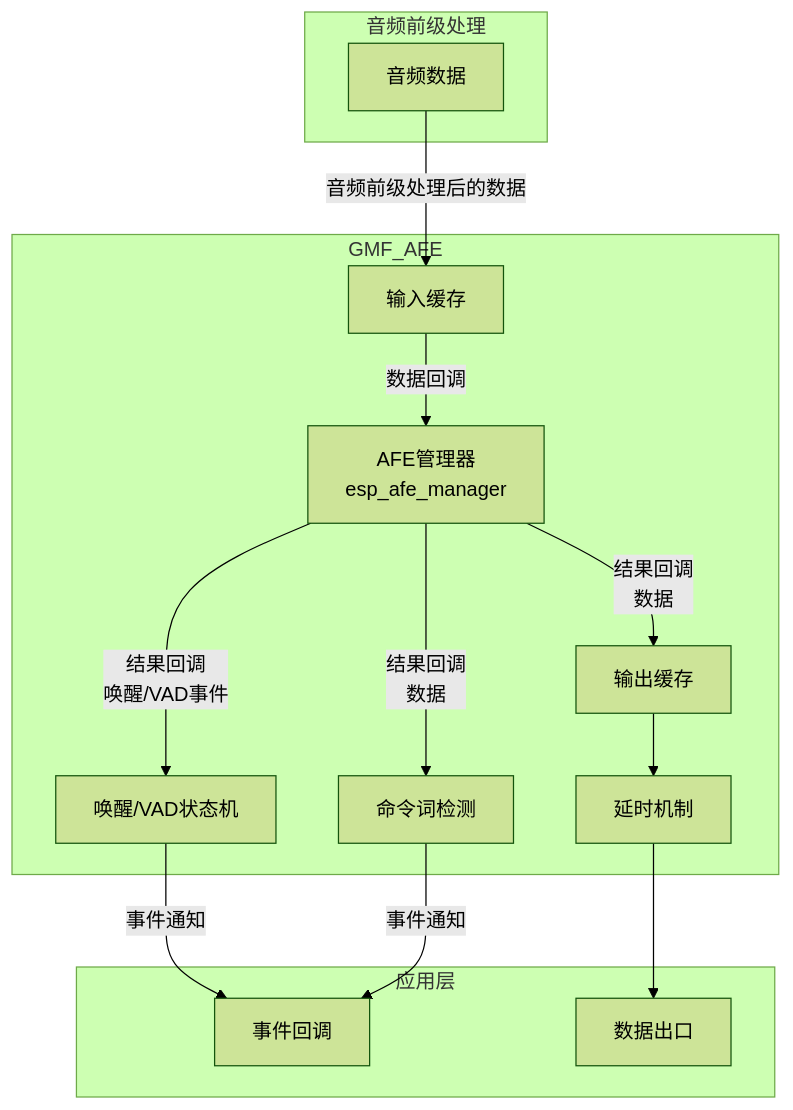
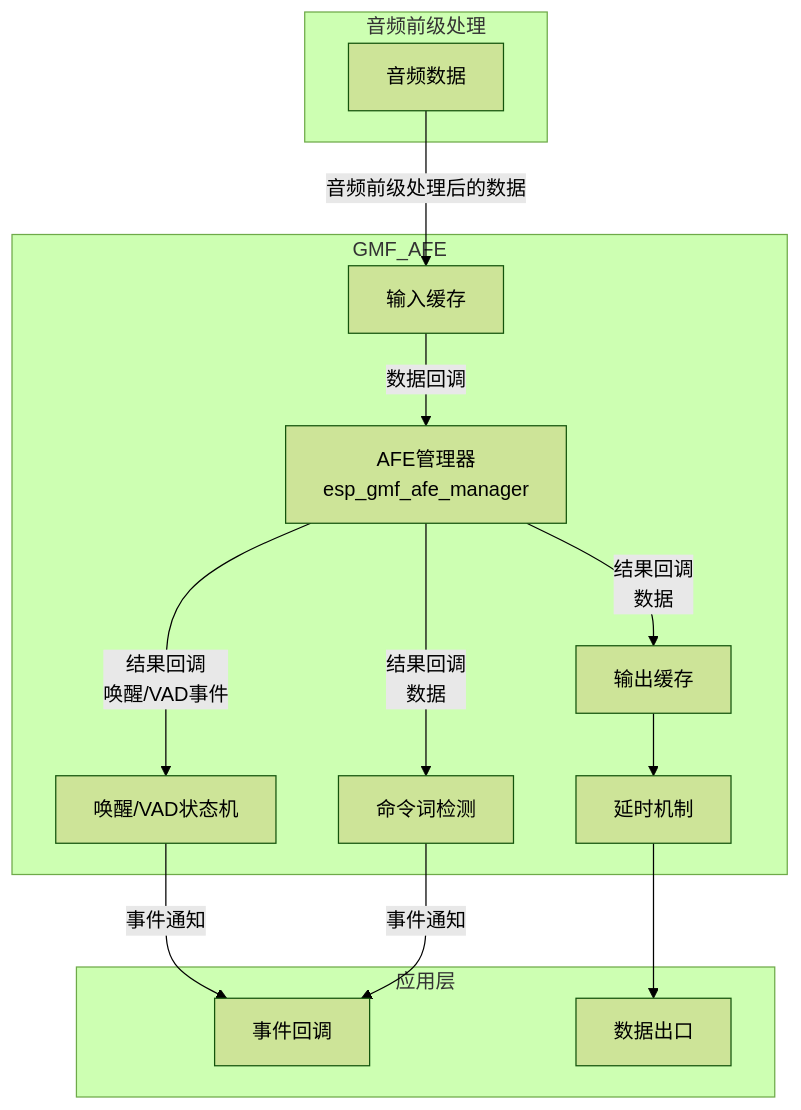
The second of 5 diagrams in gmf_elements/gmf_ai_audio/README_CN.md (kevinkang-Globe/esp-gmf), drawn with Mermaid (forest theme) before and after one commit. The commit also changed other lines of this file and 23 other files, not shown here.

````diff
--- a/gmf_elements/gmf_ai_audio/README_CN.md
+++ b/gmf_elements/gmf_ai_audio/README_CN.md
@@ -83,29 +83,29 @@
   ```mermaid
   graph TD
     subgraph 音频前级处理
       RAW[音频数据]
     end
 
     subgraph GMF_AFE
-        AFE_MGR[AFE管理器<br>esp_afe_manager]
+        AFE_MGR[AFE管理器<br>esp_gmf_afe_manager]
         INPUT_RB[输入缓存]
         OUTPUT_RB[输出缓存]
         STATE_MACHINE[唤醒/VAD状态机]
         MN_DET[命令词检测]
         DELAY[延时机制]
     end
 
     subgraph 应用层
       EVENT_CB[事件回调]
       OUT_PORT[数据出口]
     end
 
     RAW -->| 音频前级处理后的数据| INPUT_RB
     INPUT_RB -->| 数据回调 | AFE_MGR
     AFE_MGR -->| 结果回调<br>数据 | OUTPUT_RB
     AFE_MGR -->| 结果回调<br>唤醒/VAD事件 | STATE_MACHINE
     AFE_MGR -->| 结果回调<br>数据 | MN_DET
     OUTPUT_RB --> DELAY --> OUT_PORT
     STATE_MACHINE -->| 事件通知 | EVENT_CB
     MN_DET -->| 事件通知 | EVENT_CB
   ```
````
